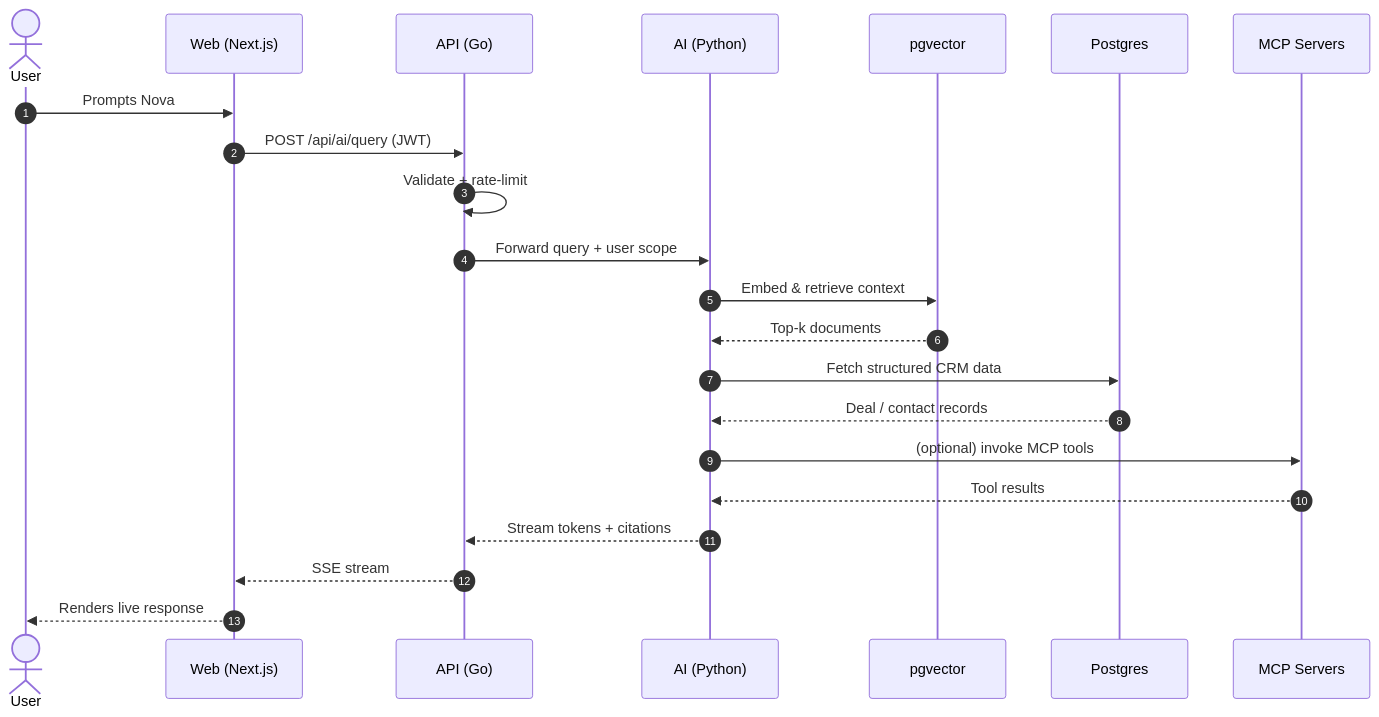
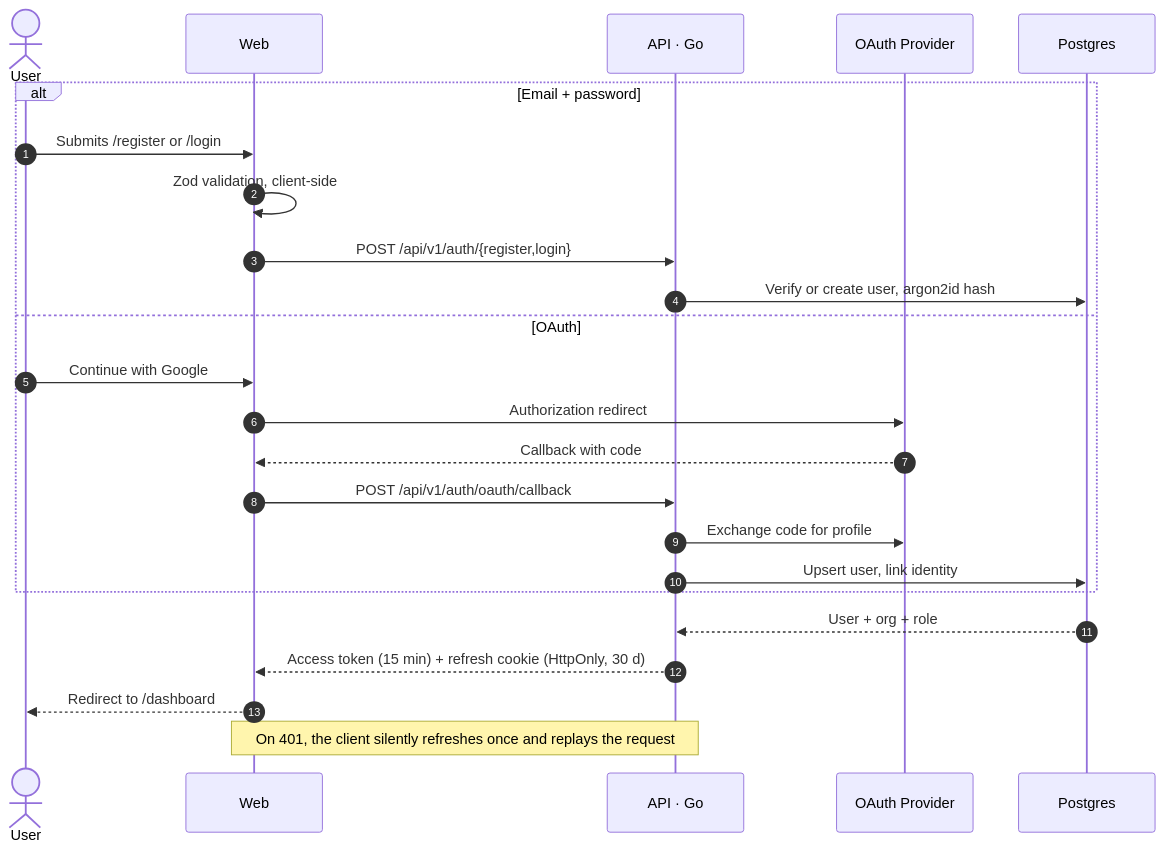
Before and after one commit to priyangshu24/Orion: the tenth of 20 diagrams in README.md, drawn with Mermaid. The commit also changed other lines of this file, not shown here.

Commit message:
docs: restructure README architecture documentation and add implementation status table

````diff
--- a/README.md
+++ b/README.md
@@ -222,25 +560,29 @@
 ```mermaid
 sequenceDiagram
     autonumber
     actor U as User
-    participant W as Web (Next.js)
-    participant A as API (Go)
-    participant N as AI (Python)
-    participant V as pgvector
+    participant W as Web
+    participant A as API · Go
+    participant P as OAuth Provider
     participant D as Postgres
-    participant M as MCP Servers
 
-    U->>W: Prompts Nova
-    W->>A: POST /api/ai/query (JWT)
-    A->>A: Validate + rate-limit
-    A->>N: Forward query + user scope
-    N->>V: Embed & retrieve context
-    V-->>N: Top-k documents
-    N->>D: Fetch structured CRM data
-    D-->>N: Deal / contact records
-    N->>M: (optional) invoke MCP tools
-    M-->>N: Tool results
-    N-->>A: Stream tokens + citations
-    A-->>W: SSE stream
-    W-->>U: Renders live response
+    alt Email + password
+        U->>W: Submits /register or /login
+        W->>W: Zod validation, client-side
+        W->>A: POST /api/v1/auth/{register,login}
+        A->>D: Verify or create user, argon2id hash
+    else OAuth
+        U->>W: Continue with Google
+        W->>P: Authorization redirect
+        P-->>W: Callback with code
+        W->>A: POST /api/v1/auth/oauth/callback
+        A->>P: Exchange code for profile
+        A->>D: Upsert user, link identity
+    end
+
+    D-->>A: User + org + role
+    A-->>W: Access token (15 min) + refresh cookie (HttpOnly, 30 d)
+    W-->>U: Redirect to /dashboard
+
+    Note over W,A: On 401, the client silently refreshes once and replays the request
 ```
````
